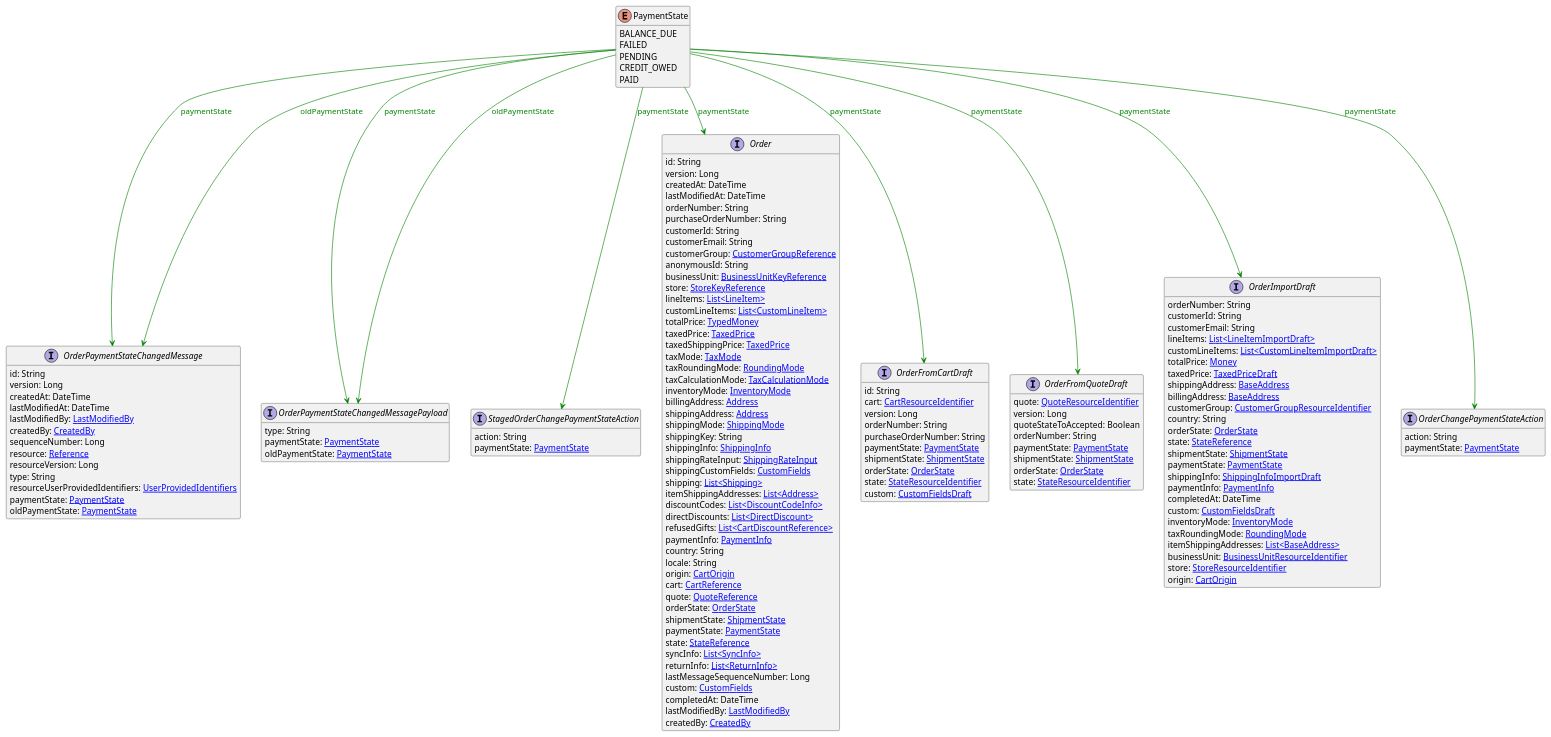
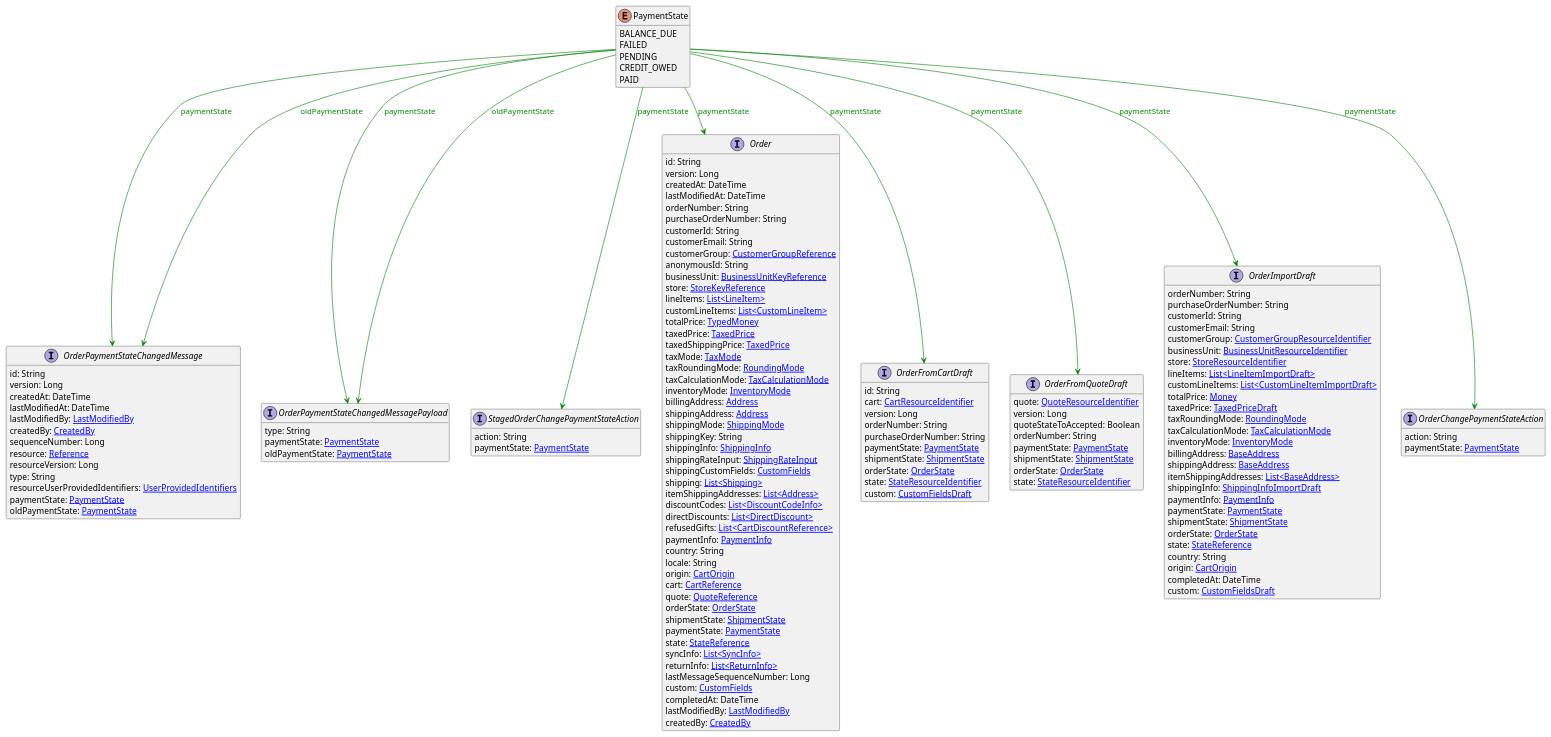
Before and after one commit to commercetools/commercetools-api-reference: the diagram in uml/api/PaymentState.puml, drawn with PlantUML. The commit also changed 60 other files, not shown here.

```diff
--- a/uml/api/PaymentState.puml
+++ b/uml/api/PaymentState.puml
@@ -1,150 +1,152 @@
 @startuml
 
 hide methods
 enum PaymentState {
     BALANCE_DUE
     FAILED
     PENDING
     CREDIT_OWED
     PAID
 }
 interface OrderPaymentStateChangedMessage [[OrderPaymentStateChangedMessage.svg]]  {
     id: String
     version: Long
     createdAt: DateTime
     lastModifiedAt: DateTime
     lastModifiedBy: [[LastModifiedBy.svg LastModifiedBy]]
     createdBy: [[CreatedBy.svg CreatedBy]]
     sequenceNumber: Long
     resource: [[Reference.svg Reference]]
     resourceVersion: Long
     type: String
     resourceUserProvidedIdentifiers: [[UserProvidedIdentifiers.svg UserProvidedIdentifiers]]
     paymentState: [[PaymentState.svg PaymentState]]
     oldPaymentState: [[PaymentState.svg PaymentState]]
 }
 interface OrderPaymentStateChangedMessagePayload [[OrderPaymentStateChangedMessagePayload.svg]]  {
     type: String
     paymentState: [[PaymentState.svg PaymentState]]
     oldPaymentState: [[PaymentState.svg PaymentState]]
 }
 interface StagedOrderChangePaymentStateAction [[StagedOrderChangePaymentStateAction.svg]]  {
     action: String
     paymentState: [[PaymentState.svg PaymentState]]
 }
 interface Order [[Order.svg]]  {
     id: String
     version: Long
     createdAt: DateTime
     lastModifiedAt: DateTime
     orderNumber: String
     purchaseOrderNumber: String
     customerId: String
     customerEmail: String
     customerGroup: [[CustomerGroupReference.svg CustomerGroupReference]]
     anonymousId: String
     businessUnit: [[BusinessUnitKeyReference.svg BusinessUnitKeyReference]]
     store: [[StoreKeyReference.svg StoreKeyReference]]
     lineItems: [[LineItem.svg List<LineItem>]]
     customLineItems: [[CustomLineItem.svg List<CustomLineItem>]]
     totalPrice: [[TypedMoney.svg TypedMoney]]
     taxedPrice: [[TaxedPrice.svg TaxedPrice]]
     taxedShippingPrice: [[TaxedPrice.svg TaxedPrice]]
     taxMode: [[TaxMode.svg TaxMode]]
     taxRoundingMode: [[RoundingMode.svg RoundingMode]]
     taxCalculationMode: [[TaxCalculationMode.svg TaxCalculationMode]]
     inventoryMode: [[InventoryMode.svg InventoryMode]]
     billingAddress: [[Address.svg Address]]
     shippingAddress: [[Address.svg Address]]
     shippingMode: [[ShippingMode.svg ShippingMode]]
     shippingKey: String
     shippingInfo: [[ShippingInfo.svg ShippingInfo]]
     shippingRateInput: [[ShippingRateInput.svg ShippingRateInput]]
     shippingCustomFields: [[CustomFields.svg CustomFields]]
     shipping: [[Shipping.svg List<Shipping>]]
     itemShippingAddresses: [[Address.svg List<Address>]]
     discountCodes: [[DiscountCodeInfo.svg List<DiscountCodeInfo>]]
     directDiscounts: [[DirectDiscount.svg List<DirectDiscount>]]
     refusedGifts: [[CartDiscountReference.svg List<CartDiscountReference>]]
     paymentInfo: [[PaymentInfo.svg PaymentInfo]]
     country: String
     locale: String
     origin: [[CartOrigin.svg CartOrigin]]
     cart: [[CartReference.svg CartReference]]
     quote: [[QuoteReference.svg QuoteReference]]
     orderState: [[OrderState.svg OrderState]]
     shipmentState: [[ShipmentState.svg ShipmentState]]
     paymentState: [[PaymentState.svg PaymentState]]
     state: [[StateReference.svg StateReference]]
     syncInfo: [[SyncInfo.svg List<SyncInfo>]]
     returnInfo: [[ReturnInfo.svg List<ReturnInfo>]]
     lastMessageSequenceNumber: Long
     custom: [[CustomFields.svg CustomFields]]
     completedAt: DateTime
     lastModifiedBy: [[LastModifiedBy.svg LastModifiedBy]]
     createdBy: [[CreatedBy.svg CreatedBy]]
 }
 interface OrderFromCartDraft [[OrderFromCartDraft.svg]]  {
     id: String
     cart: [[CartResourceIdentifier.svg CartResourceIdentifier]]
     version: Long
     orderNumber: String
     purchaseOrderNumber: String
     paymentState: [[PaymentState.svg PaymentState]]
     shipmentState: [[ShipmentState.svg ShipmentState]]
     orderState: [[OrderState.svg OrderState]]
     state: [[StateResourceIdentifier.svg StateResourceIdentifier]]
     custom: [[CustomFieldsDraft.svg CustomFieldsDraft]]
 }
 interface OrderFromQuoteDraft [[OrderFromQuoteDraft.svg]]  {
     quote: [[QuoteResourceIdentifier.svg QuoteResourceIdentifier]]
     version: Long
     quoteStateToAccepted: Boolean
     orderNumber: String
     paymentState: [[PaymentState.svg PaymentState]]
     shipmentState: [[ShipmentState.svg ShipmentState]]
     orderState: [[OrderState.svg OrderState]]
     state: [[StateResourceIdentifier.svg StateResourceIdentifier]]
 }
 interface OrderImportDraft [[OrderImportDraft.svg]]  {
     orderNumber: String
+    purchaseOrderNumber: String
     customerId: String
     customerEmail: String
+    customerGroup: [[CustomerGroupResourceIdentifier.svg CustomerGroupResourceIdentifier]]
+    businessUnit: [[BusinessUnitResourceIdentifier.svg BusinessUnitResourceIdentifier]]
+    store: [[StoreResourceIdentifier.svg StoreResourceIdentifier]]
     lineItems: [[LineItemImportDraft.svg List<LineItemImportDraft>]]
     customLineItems: [[CustomLineItemImportDraft.svg List<CustomLineItemImportDraft>]]
     totalPrice: [[Money.svg Money]]
     taxedPrice: [[TaxedPriceDraft.svg TaxedPriceDraft]]
+    taxRoundingMode: [[RoundingMode.svg RoundingMode]]
+    taxCalculationMode: [[TaxCalculationMode.svg TaxCalculationMode]]
+    inventoryMode: [[InventoryMode.svg InventoryMode]]
+    billingAddress: [[BaseAddress.svg BaseAddress]]
     shippingAddress: [[BaseAddress.svg BaseAddress]]
-    billingAddress: [[BaseAddress.svg BaseAddress]]
-    customerGroup: [[CustomerGroupResourceIdentifier.svg CustomerGroupResourceIdentifier]]
-    country: String
+    itemShippingAddresses: [[BaseAddress.svg List<BaseAddress>]]
+    shippingInfo: [[ShippingInfoImportDraft.svg ShippingInfoImportDraft]]
+    paymentInfo: [[PaymentInfo.svg PaymentInfo]]
+    paymentState: [[PaymentState.svg PaymentState]]
+    shipmentState: [[ShipmentState.svg ShipmentState]]
     orderState: [[OrderState.svg OrderState]]
     state: [[StateReference.svg StateReference]]
-    shipmentState: [[ShipmentState.svg ShipmentState]]
-    paymentState: [[PaymentState.svg PaymentState]]
-    shippingInfo: [[ShippingInfoImportDraft.svg ShippingInfoImportDraft]]
-    paymentInfo: [[PaymentInfo.svg PaymentInfo]]
+    country: String
+    origin: [[CartOrigin.svg CartOrigin]]
     completedAt: DateTime
     custom: [[CustomFieldsDraft.svg CustomFieldsDraft]]
-    inventoryMode: [[InventoryMode.svg InventoryMode]]
-    taxRoundingMode: [[RoundingMode.svg RoundingMode]]
-    itemShippingAddresses: [[BaseAddress.svg List<BaseAddress>]]
-    businessUnit: [[BusinessUnitResourceIdentifier.svg BusinessUnitResourceIdentifier]]
-    store: [[StoreResourceIdentifier.svg StoreResourceIdentifier]]
-    origin: [[CartOrigin.svg CartOrigin]]
 }
 interface OrderChangePaymentStateAction [[OrderChangePaymentStateAction.svg]]  {
     action: String
     paymentState: [[PaymentState.svg PaymentState]]
 }
 PaymentState --> OrderPaymentStateChangedMessage #green;text:green : "paymentState"
 PaymentState --> OrderPaymentStateChangedMessage #green;text:green : "oldPaymentState"
 PaymentState --> OrderPaymentStateChangedMessagePayload #green;text:green : "paymentState"
 PaymentState --> OrderPaymentStateChangedMessagePayload #green;text:green : "oldPaymentState"
 PaymentState --> StagedOrderChangePaymentStateAction #green;text:green : "paymentState"
 PaymentState --> Order #green;text:green : "paymentState"
 PaymentState --> OrderFromCartDraft #green;text:green : "paymentState"
 PaymentState --> OrderFromQuoteDraft #green;text:green : "paymentState"
 PaymentState --> OrderImportDraft #green;text:green : "paymentState"
 PaymentState --> OrderChangePaymentStateAction #green;text:green : "paymentState"
 @enduml
```
